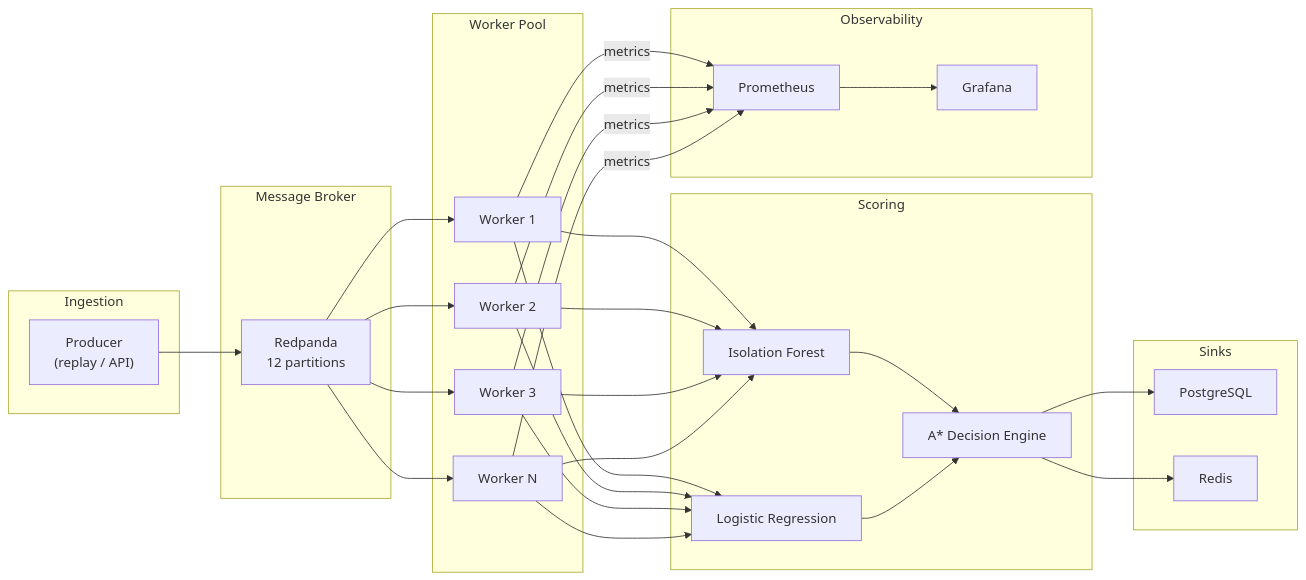
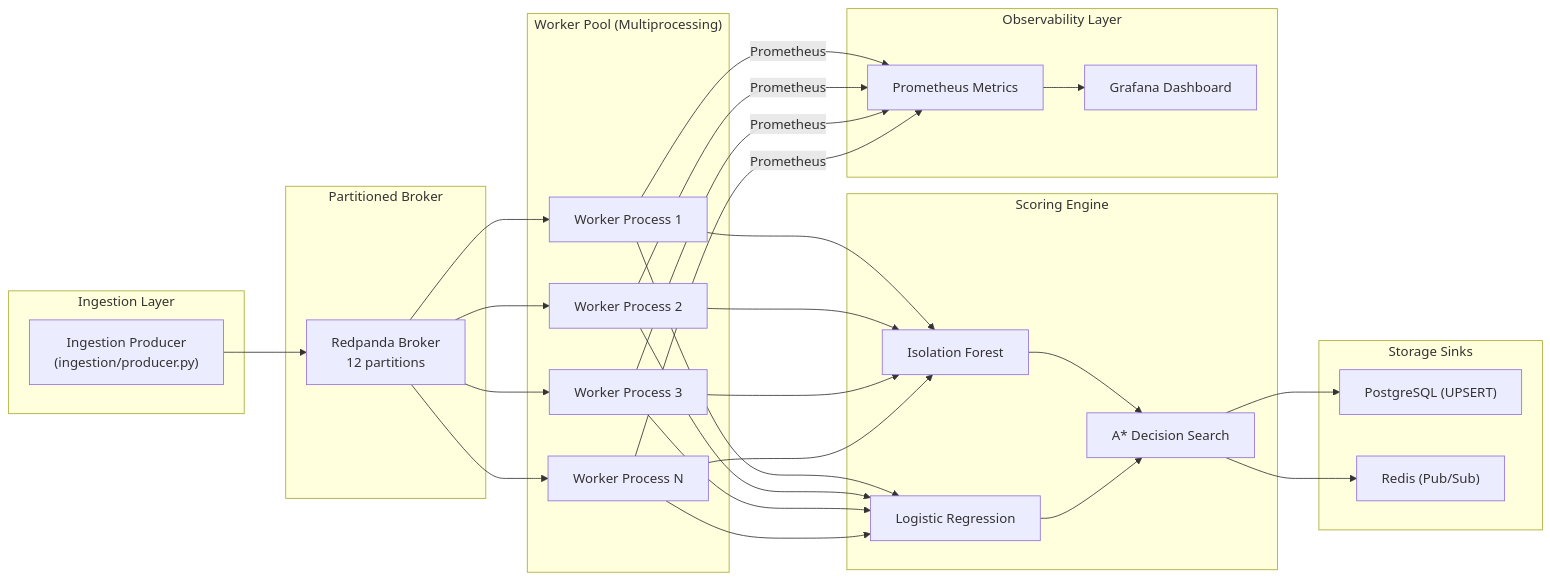
Before and after one commit to Radhikapatel-code/SentinelAI: the diagram in README.md, drawn with Mermaid. The commit also changed other lines of this file and 12 other files, not shown here.

````diff
--- a/README.md
+++ b/README.md
@@ -27,39 +27,39 @@
 ```mermaid
 graph LR
-    subgraph Ingestion
-        P["Producer<br/>(replay / API)"]
+    subgraph "Ingestion Layer"
+        P["Ingestion Producer<br/>(ingestion/producer.py)"]
     end
 
-    subgraph "Message Broker"
-        R["Redpanda<br/>12 partitions"]
+    subgraph "Partitioned Broker"
+        R["Redpanda Broker<br/>12 partitions"]
     end
 
-    subgraph "Worker Pool"
-        W1["Worker 1"]
-        W2["Worker 2"]
-        W3["Worker 3"]
-        W4["Worker N"]
+    subgraph "Worker Pool (Multiprocessing)"
+        W1["Worker Process 1"]
+        W2["Worker Process 2"]
+        W3["Worker Process 3"]
+        W4["Worker Process N"]
     end
 
-    subgraph Scoring
+    subgraph "Scoring Engine"
         IF["Isolation Forest"]
         LR["Logistic Regression"]
-        AS["A* Decision Engine"]
+        AS["A* Decision Search"]
     end
 
-    subgraph Sinks
-        PG["PostgreSQL"]
-        RD["Redis"]
+    subgraph "Storage Sinks"
+        PG["PostgreSQL (UPSERT)"]
+        RD["Redis (Pub/Sub)"]
     end
 
-    subgraph Observability
-        PR["Prometheus"]
-        GR["Grafana"]
+    subgraph "Observability Layer"
+        PR["Prometheus Metrics"]
+        GR["Grafana Dashboard"]
     end
 
     P --> R
     R --> W1 & W2 & W3 & W4
     W1 & W2 & W3 & W4 --> IF & LR --> AS
     AS --> PG & RD
-    W1 & W2 & W3 & W4 -->|metrics| PR --> GR
+    W1 & W2 & W3 & W4 -->|Prometheus| PR --> GR
 ```
````
